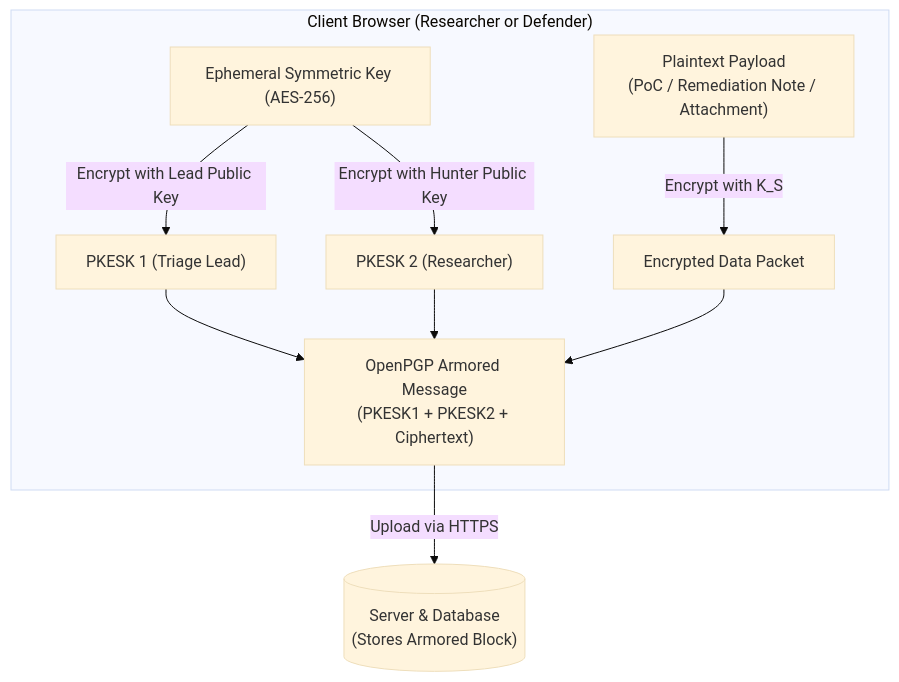
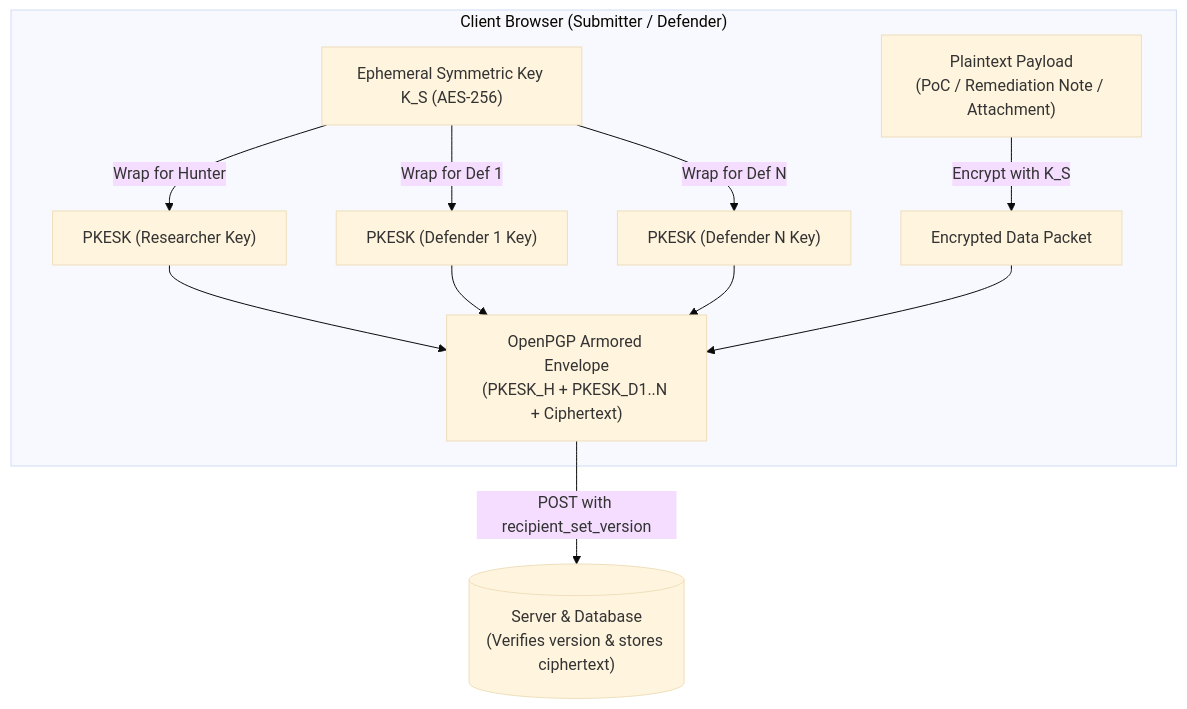
One commit to Taha-Asad/BugBountyTracker changed the diagram in architecture/KEY_MANAGEMENT.md. Above: the diagram before and after it, drawn with Mermaid (base theme). The commit also changed other lines of this file and 18 other files, not shown here.

````diff
--- a/architecture/KEY_MANAGEMENT.md
+++ b/architecture/KEY_MANAGEMENT.md
@@ -20,17 +20,19 @@
 ```mermaid
 flowchart TD
-    subgraph Browser["Client Browser (Researcher or Defender)"]
+    subgraph Browser["Client Browser (Submitter / Defender)"]
         Msg["Plaintext Payload<br/>(PoC / Remediation Note / Attachment)"]
-        K_S["Ephemeral Symmetric Key (AES-256)"]
+        K_S["Ephemeral Symmetric Key K_S (AES-256)"]
         Msg -->|"Encrypt with K_S"| Ciphertext["Encrypted Data Packet"]
         
-        K_S -->|"Encrypt with Lead Public Key"| PKESK1["PKESK 1 (Triage Lead)"]
-        K_S -->|"Encrypt with Hunter Public Key"| PKESK2["PKESK 2 (Researcher)"]
+        K_S -->|"Wrap for Hunter"| PKESK_H["PKESK (Researcher Key)"]
+        K_S -->|"Wrap for Def 1"| PKESK_D1["PKESK (Defender 1 Key)"]
+        K_S -->|"Wrap for Def N"| PKESK_DN["PKESK (Defender N Key)"]
         
-        Combined["OpenPGP Armored Message<br/>(PKESK1 + PKESK2 + Ciphertext)"]
-        PKESK1 --> Combined
-        PKESK2 --> Combined
+        Combined["OpenPGP Armored Envelope<br/>(PKESK_H + PKESK_D1..N + Ciphertext)"]
+        PKESK_H --> Combined
+        PKESK_D1 --> Combined
+        PKESK_DN --> Combined
         Ciphertext --> Combined
     end
-    Combined -->|"Upload via HTTPS"| Svr[("Server & Database<br/>(Stores Armored Block)")]
+    Combined -->|"POST with recipient_set_version"| Svr[("Server & Database<br/>(Verifies version & stores ciphertext)")]
 ```
````
